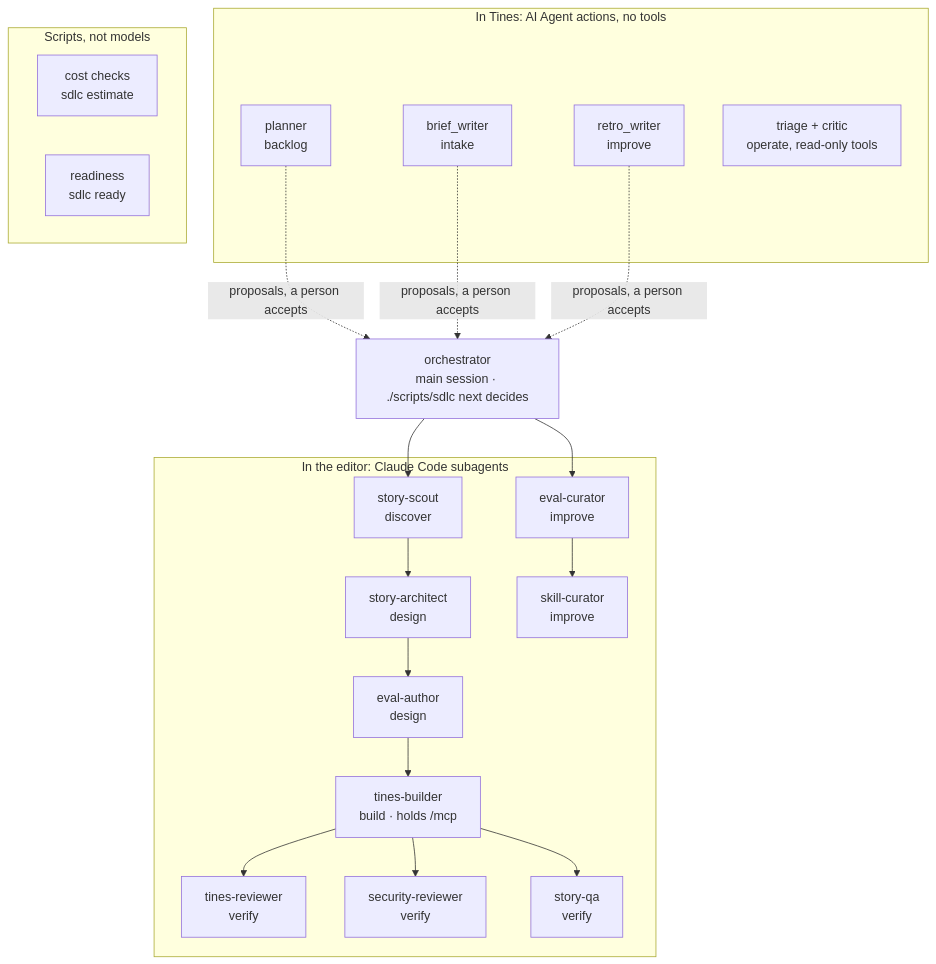
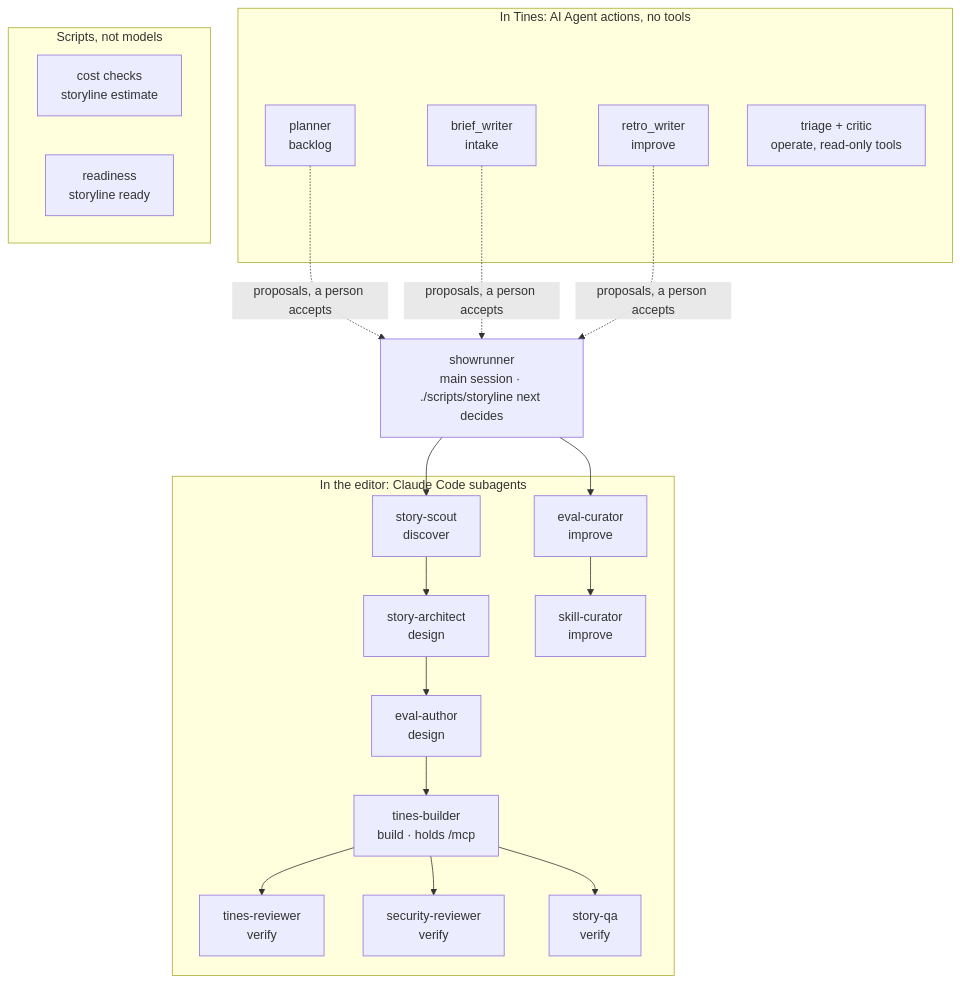
Before and after one commit to ad-ipp-tines/Agentic-Story-Factory-Starter-Kit: the sixth of 11 diagrams in docs/study-guides/00-visual-tour.md, drawn with Mermaid. The commit also changed other lines of this file and 385 other files, not shown here.

````diff
--- a/docs/study-guides/00-visual-tour.md
+++ b/docs/study-guides/00-visual-tour.md
@@ -151,29 +151,29 @@
 ```mermaid
 flowchart TB
-    ORC["orchestrator<br/>main session · ./scripts/sdlc next decides"]
+    ORC["showrunner<br/>main session · ./scripts/storyline next decides"]
     subgraph IDE["In the editor: Claude Code subagents"]
         SC["story-scout<br/>discover"]
         AR["story-architect<br/>design"]
         EA["eval-author<br/>design"]
         TB["tines-builder<br/>build · holds /mcp"]
         TR["tines-reviewer<br/>verify"]
         SR["security-reviewer<br/>verify"]
         QA["story-qa<br/>verify"]
         EC["eval-curator<br/>improve"]
         SK["skill-curator<br/>improve"]
     end
     subgraph TINES["In Tines: AI Agent actions, no tools"]
         PL["planner<br/>backlog"]
         BW["brief_writer<br/>intake"]
         RW["retro_writer<br/>improve"]
         OT["triage + critic<br/>operate, read-only tools"]
     end
     subgraph CODE["Scripts, not models"]
-        CE["cost checks<br/>sdlc estimate"]
-        G1["readiness<br/>sdlc ready"]
+        CE["cost checks<br/>storyline estimate"]
+        G1["readiness<br/>storyline ready"]
     end
     ORC --> SC --> AR --> EA
     EA --> TB --> TR & SR & QA
     ORC --> EC --> SK
     PL & BW & RW -.->|"proposals, a person accepts"| ORC
 ```
````
